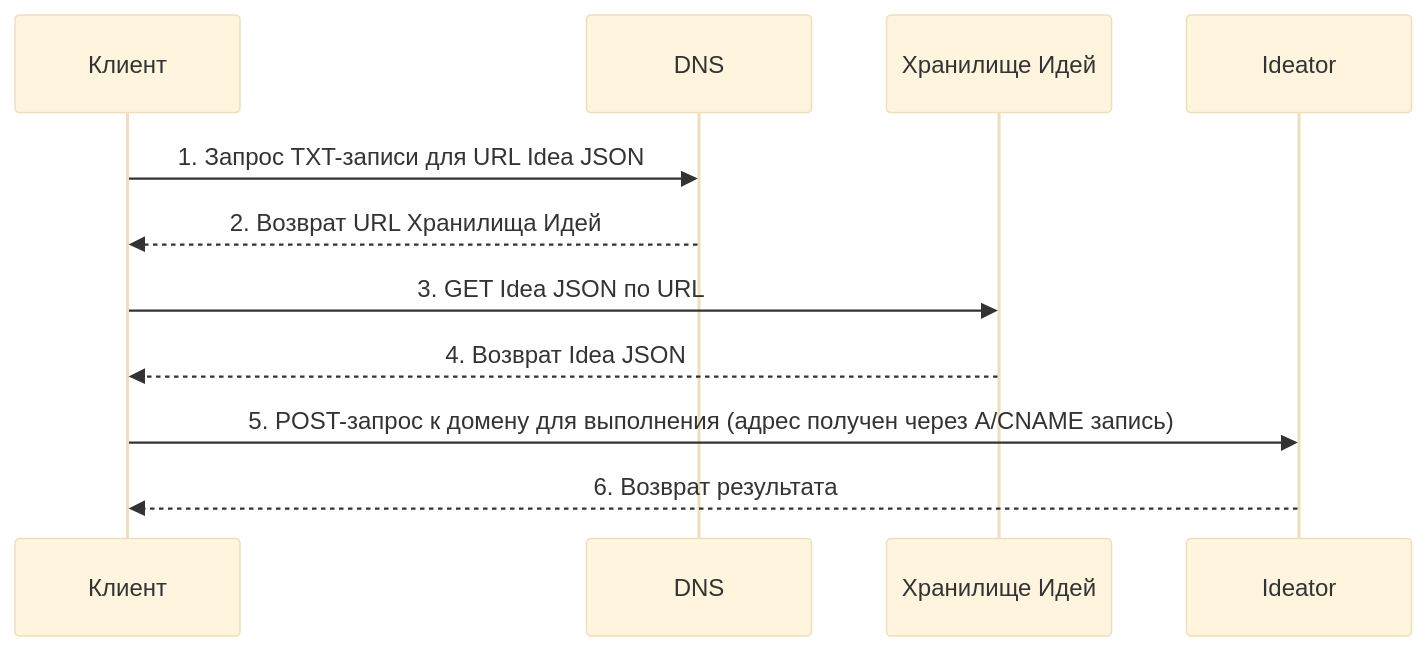
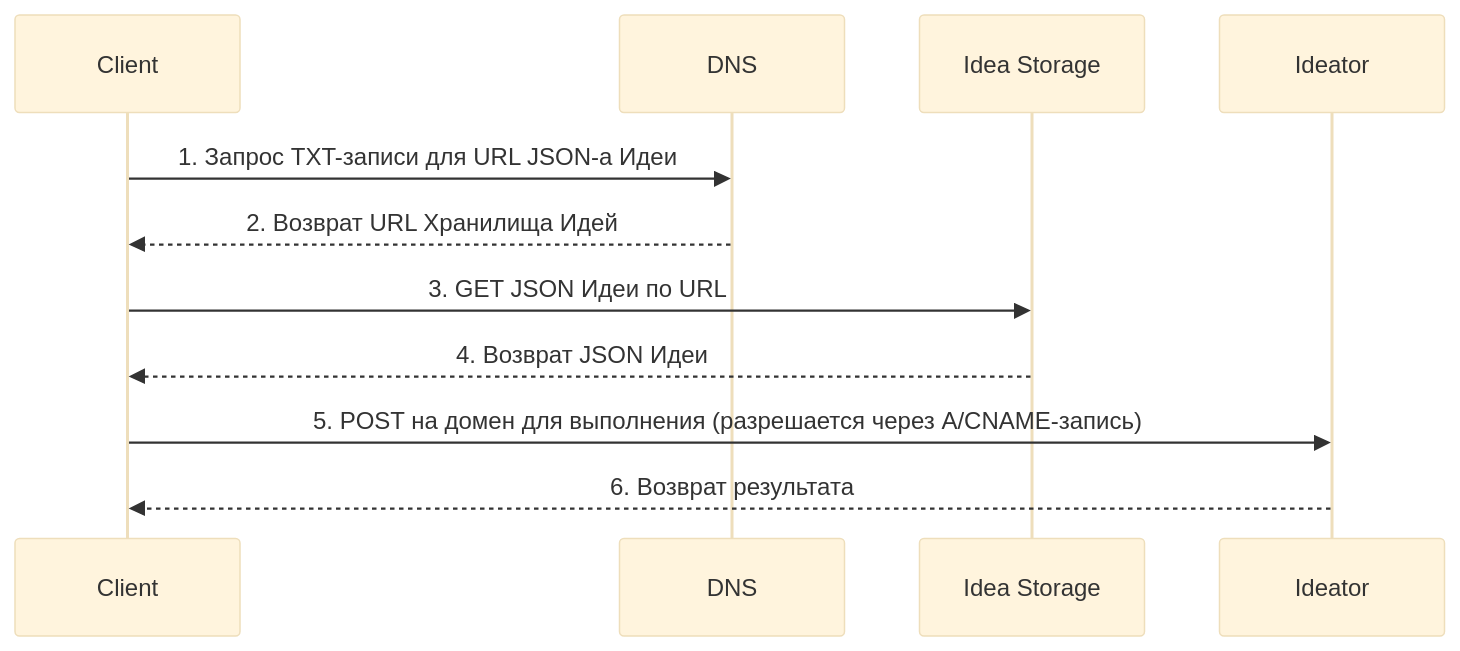
Before and after one commit to idealic-ai/docs: the diagram in translations/ru/acts/102_concept_sovereignty.md, drawn with Mermaid (base theme). The commit also changed other lines of this file and 279 other files, not shown here.

````diff
--- a/translations/ru/acts/102_concept_sovereignty.md
+++ b/translations/ru/acts/102_concept_sovereignty.md
@@ -28,16 +28,16 @@
 ```mermaid
 sequenceDiagram
-    participant Клиент
+    participant Client
     participant DNS
-    participant Хранилище Идей
+    participant Idea Storage
     participant Ideator
 
-    Клиент->>DNS: 1. Запрос TXT-записи для URL Idea JSON
-    DNS-->>Клиент: 2. Возврат URL Хранилища Идей
+    Client->>DNS: 1. Запрос TXT-записи для URL JSON-а Идеи
+    DNS-->>Client: 2. Возврат URL Хранилища Идей
 
-    Клиент->>Хранилище Идей: 3. GET Idea JSON по URL
-    Хранилище Идей-->>Клиент: 4. Возврат Idea JSON
+    Client->>Idea Storage: 3. GET JSON Идеи по URL
+    Idea Storage-->>Client: 4. Возврат JSON Идеи
 
-    Клиент->>Ideator: 5. POST-запрос к домену для выполнения (адрес получен через A/CNAME запись)
-    Ideator-->>Клиент: 6. Возврат результата
+    Client->>Ideator: 5. POST на домен для выполнения (разрешается через A/CNAME-запись)
+    Ideator-->>Client: 6. Возврат результата
 ```
````
